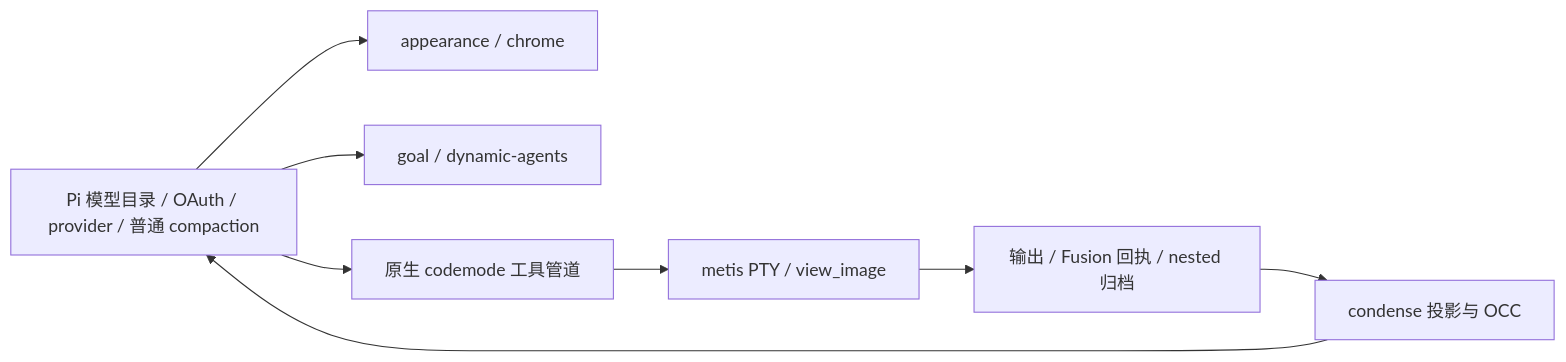
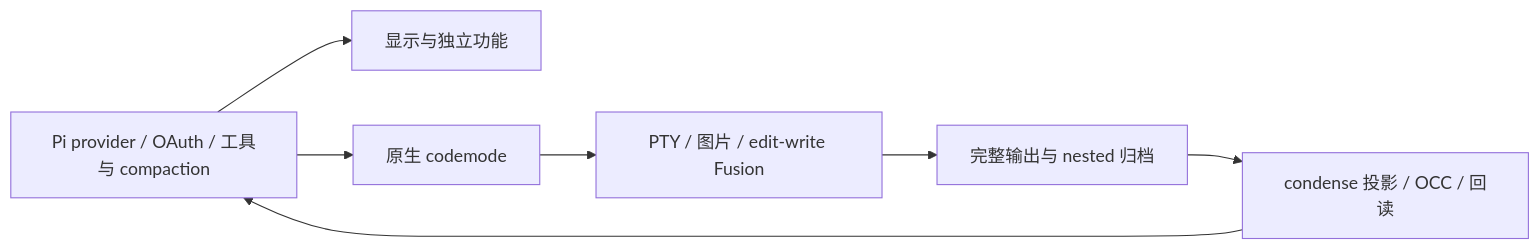
One commit to Rycen7822/metis-pi changed the diagram in docs/architecture.md. Above: the diagram before and after it, drawn with Mermaid. The commit also changed other lines of this file and 41 other files, not shown here.

````diff
--- a/docs/architecture.md
+++ b/docs/architecture.md
@@ -39,10 +36,9 @@
 ```mermaid
 flowchart LR
-    Pi[Pi 模型目录 / OAuth / provider / 普通 compaction] --> Display[appearance / chrome]
-    Pi --> Features[goal / dynamic-agents]
-    Pi --> Native[原生 codemode 工具管道]
-    Native --> Execution[metis PTY / view_image]
-    Execution --> Archive[输出 / Fusion 回执 / nested 归档]
-    Archive --> Condense[condense 投影与 OCC]
+    Pi[Pi provider / OAuth / 工具与 compaction] --> UI[显示与独立功能]
+    Pi --> Native[原生 codemode]
+    Native --> Tools[PTY / 图片 / edit-write Fusion]
+    Tools --> Archive[完整输出与 nested 归档]
+    Archive --> Condense[condense 投影 / OCC / 回读]
     Condense --> Pi
 ```
````
